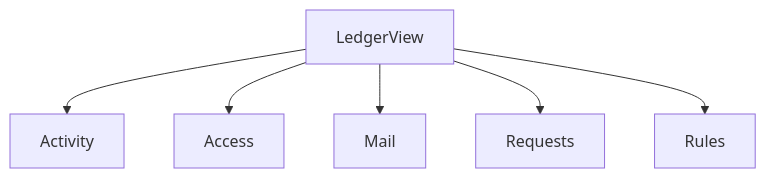
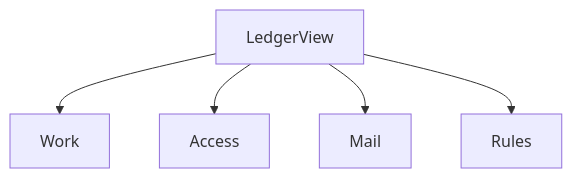
Before and after one commit to Spatial-Duality/Manifold: the third of 4 diagrams in docs/getting-started.md, drawn with Mermaid. The commit also changed other lines of this file and 84 other files, not shown here.

````diff
--- a/docs/getting-started.md
+++ b/docs/getting-started.md
@@ -88,8 +88,7 @@
 ```mermaid
 flowchart TD
-    A["LedgerView"] --> B["Activity"]
+    A["LedgerView"] --> B["Work"]
     A --> C["Access"]
     A --> D["Mail"]
-    A --> E["Requests"]
-    A --> F["Rules"]
+    A --> E["Rules"]
 ```
````
